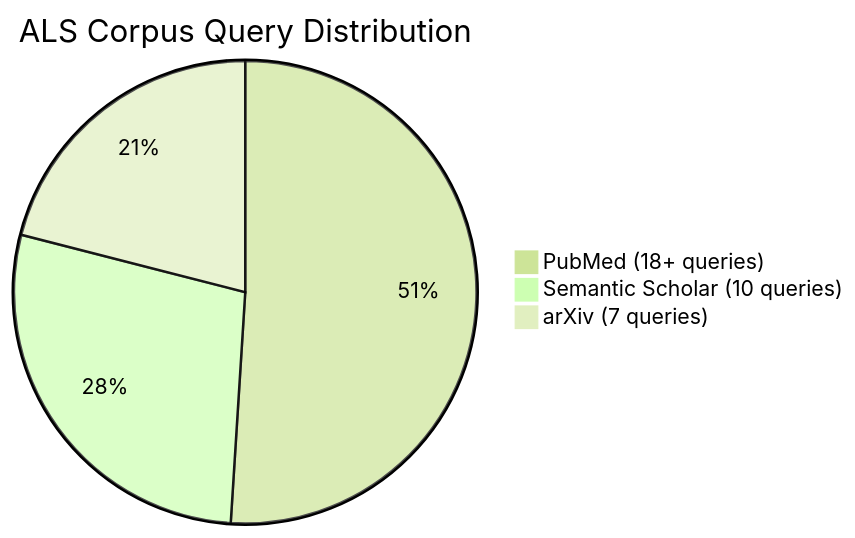
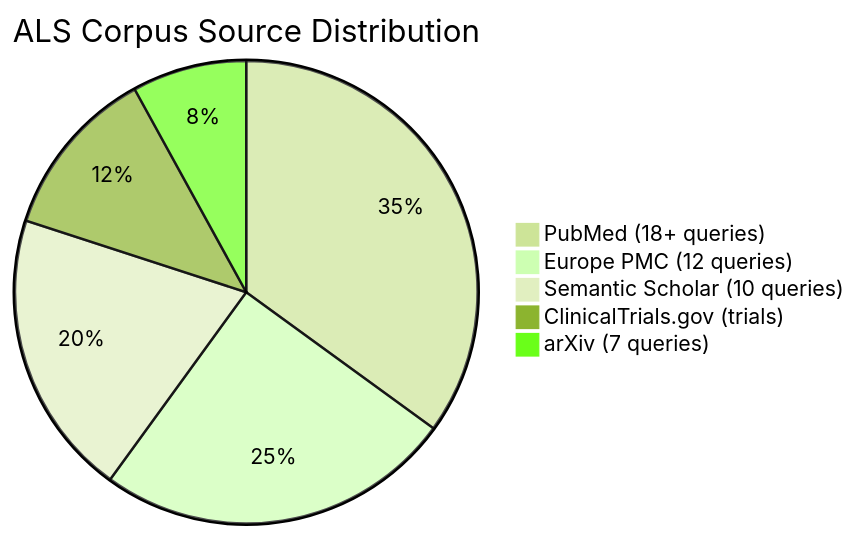
Before and after one commit to hkevin01/als-rag: the third of 4 diagrams in README.md, drawn with Mermaid (forest theme). The commit also changed other lines of this file, not shown here.

````diff
--- a/README.md
+++ b/README.md
@@ -209,6 +280,8 @@
 ```mermaid
-pie title ALS Corpus Query Distribution
-    "PubMed (18+ queries)" : 51
-    "Semantic Scholar (10 queries)" : 28
-    "arXiv (7 queries)" : 21
+pie title ALS Corpus Source Distribution
+    "PubMed (18+ queries)" : 35
+    "Europe PMC (12 queries)" : 25
+    "Semantic Scholar (10 queries)" : 20
+    "ClinicalTrials.gov (trials)" : 12
+    "arXiv (7 queries)" : 8
 ```
````
